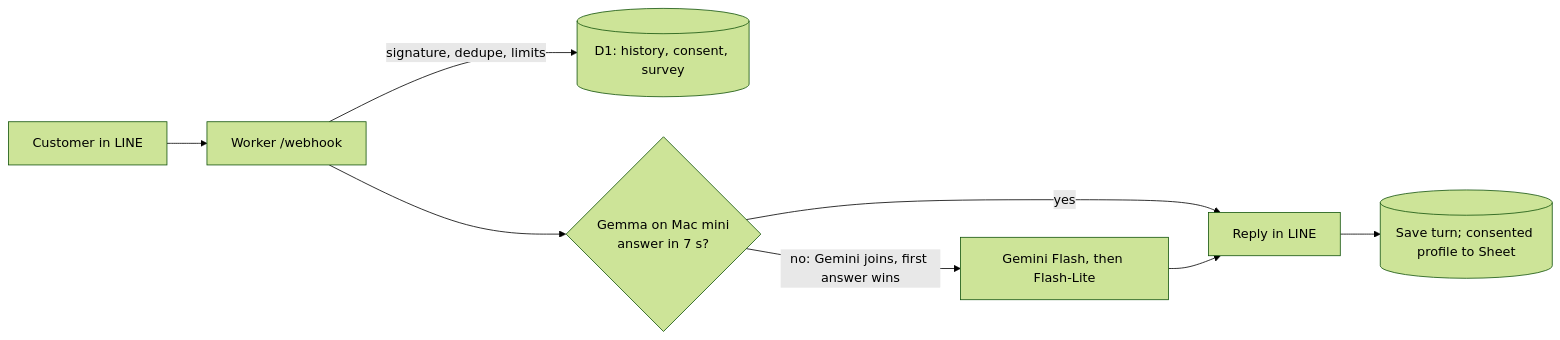
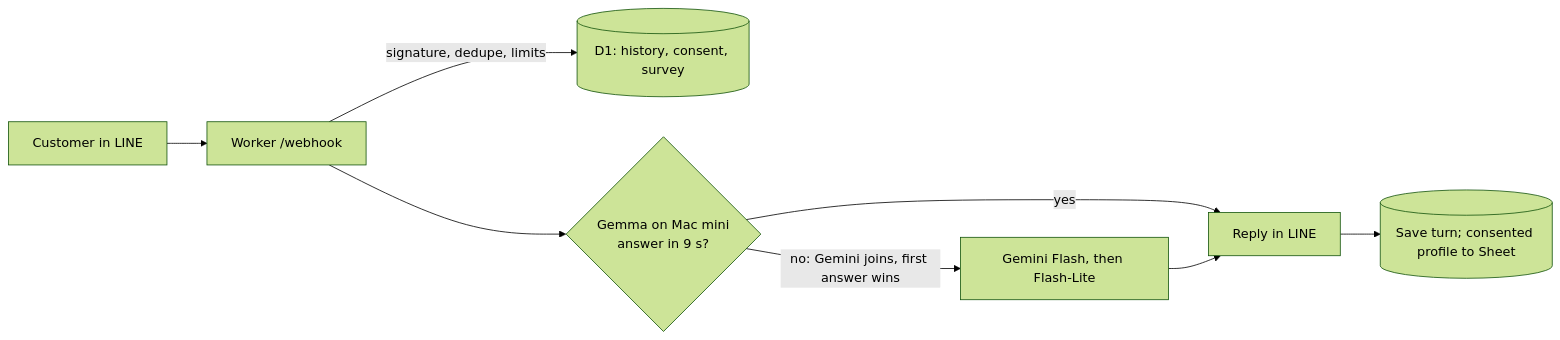
The first of 2 diagrams in docs/OVERVIEW.md (wisitlk/bittersweet-model-local), drawn with Mermaid (forest theme) before and after one commit. The commit also changed other lines of this file and 5 other files, not shown here.

````diff
--- a/docs/OVERVIEW.md
+++ b/docs/OVERVIEW.md
@@ -24,10 +24,10 @@
 ```mermaid
 flowchart LR
   U[Customer in LINE] --> W[Worker /webhook]
   W -->|signature, dedupe, limits| D[(D1: history, consent, survey)]
-  W --> G{Gemma on Mac mini\nanswer in 7 s?}
+  W --> G{Gemma on Mac mini\nanswer in 9 s?}
   G -->|yes| R[Reply in LINE]
   G -->|no: Gemini joins, first answer wins| F[Gemini Flash, then Flash-Lite]
   F --> R
   R --> S[(Save turn; consented profile to Sheet)]
 ```
````
